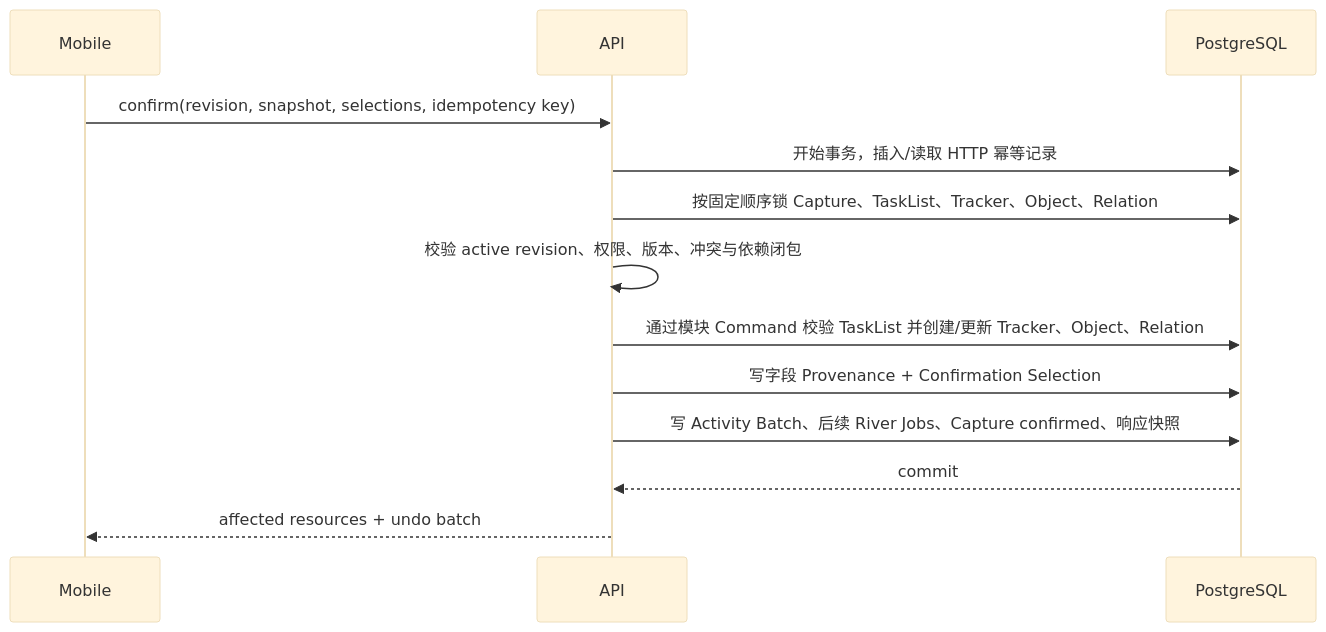
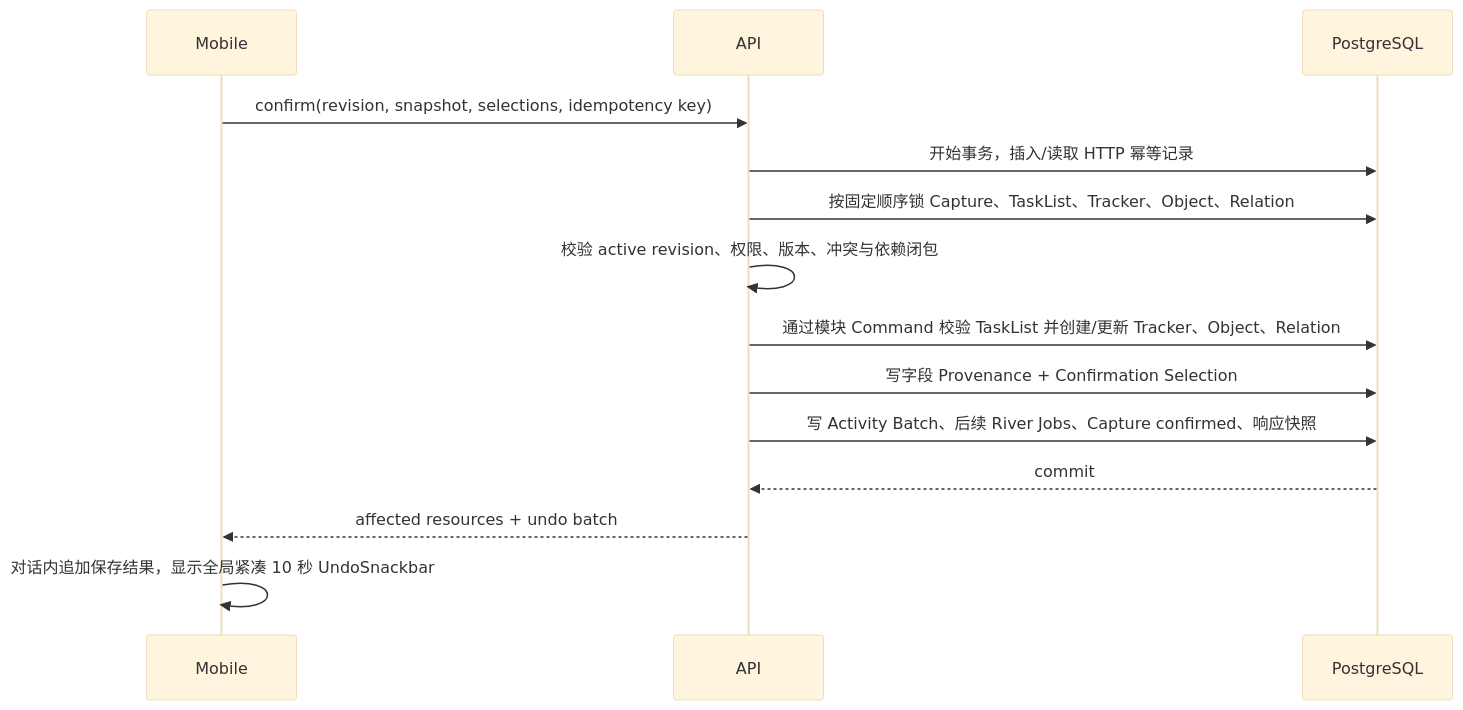
One commit to xiaoguo123456/steward changed the seventh of 7 diagrams in docs/整体架构设计.md. Above: the diagram before and after it, drawn with Mermaid (base theme). The commit also changed other lines of this file and 21 other files, not shown here.

````diff
--- a/docs/整体架构设计.md
+++ b/docs/整体架构设计.md
@@ -2254,16 +2257,17 @@
 ```mermaid
 sequenceDiagram
     participant M as Mobile
     participant A as API
     participant D as PostgreSQL
 
     M->>A: confirm(revision, snapshot, selections, idempotency key)
     A->>D: 开始事务，插入/读取 HTTP 幂等记录
     A->>D: 按固定顺序锁 Capture、TaskList、Tracker、Object、Relation
     A->>A: 校验 active revision、权限、版本、冲突与依赖闭包
     A->>D: 通过模块 Command 校验 TaskList 并创建/更新 Tracker、Object、Relation
     A->>D: 写字段 Provenance + Confirmation Selection
     A->>D: 写 Activity Batch、后续 River Jobs、Capture confirmed、响应快照
     D-->>A: commit
     A-->>M: affected resources + undo batch
+    M->>M: 对话内追加保存结果，显示全局紧凑 10 秒 UndoSnackbar
 ```
````
